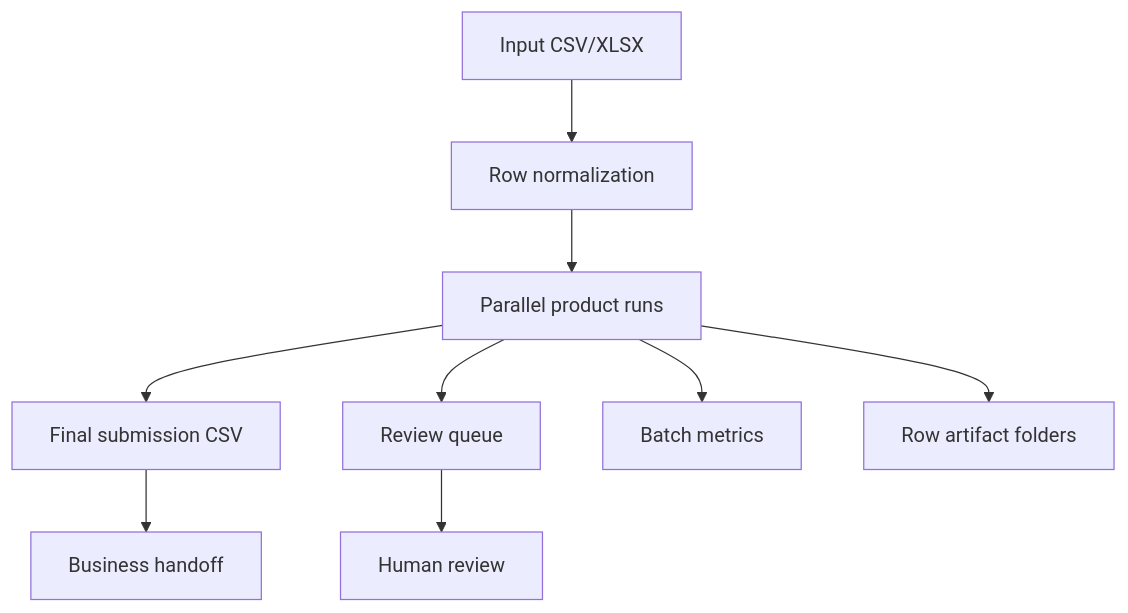
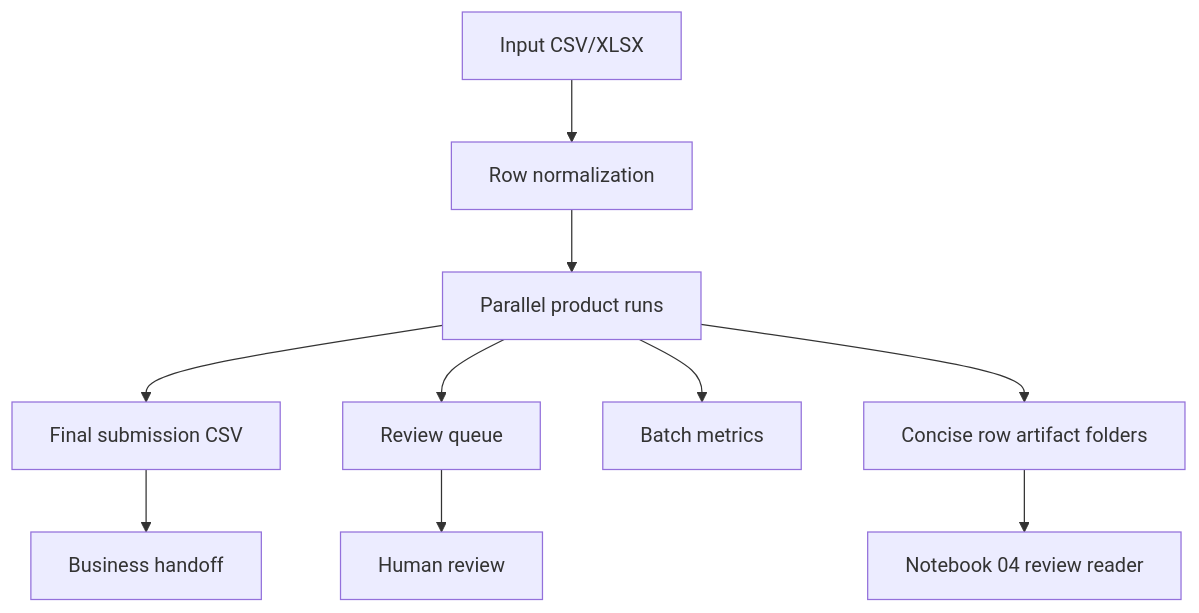
Before and after one commit to Akilankm/web_search_tool: the third of 5 diagrams in docs/NOTEBOOK_GATEWAY.md, drawn with Mermaid. The commit also changed other lines of this file, not shown here.

Commit message:
Update notebook gateway for concise review notebook

````diff
--- a/docs/NOTEBOOK_GATEWAY.md
+++ b/docs/NOTEBOOK_GATEWAY.md
@@ -61,11 +64,12 @@
 ```mermaid
 flowchart TD
     A[Input CSV/XLSX] --> B[Row normalization]
     B --> C[Parallel product runs]
     C --> D[Final submission CSV]
     C --> E[Review queue]
     C --> F[Batch metrics]
-    C --> G[Row artifact folders]
+    C --> G[Concise row artifact folders]
     D --> H[Business handoff]
     E --> I[Human review]
+    G --> J[Notebook 04 review reader]
 ```
````
